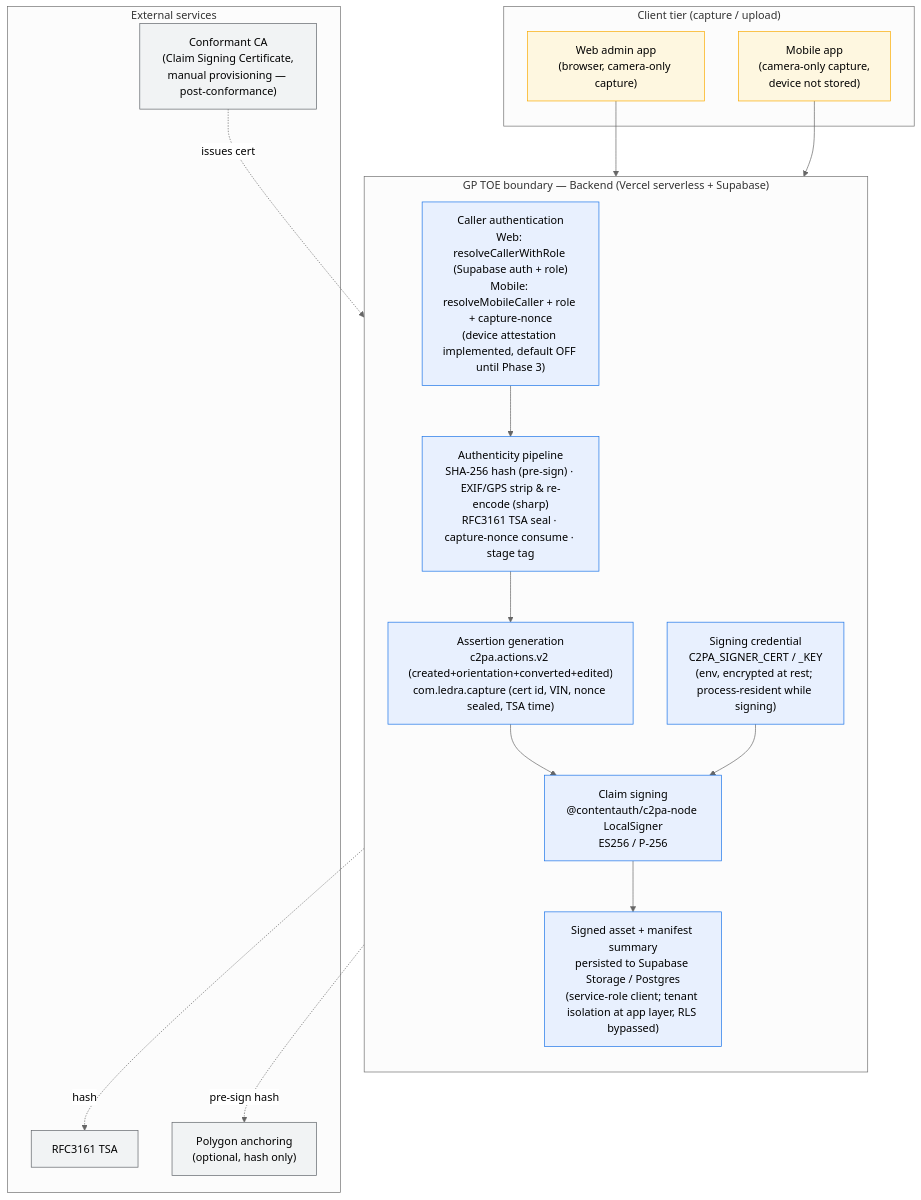
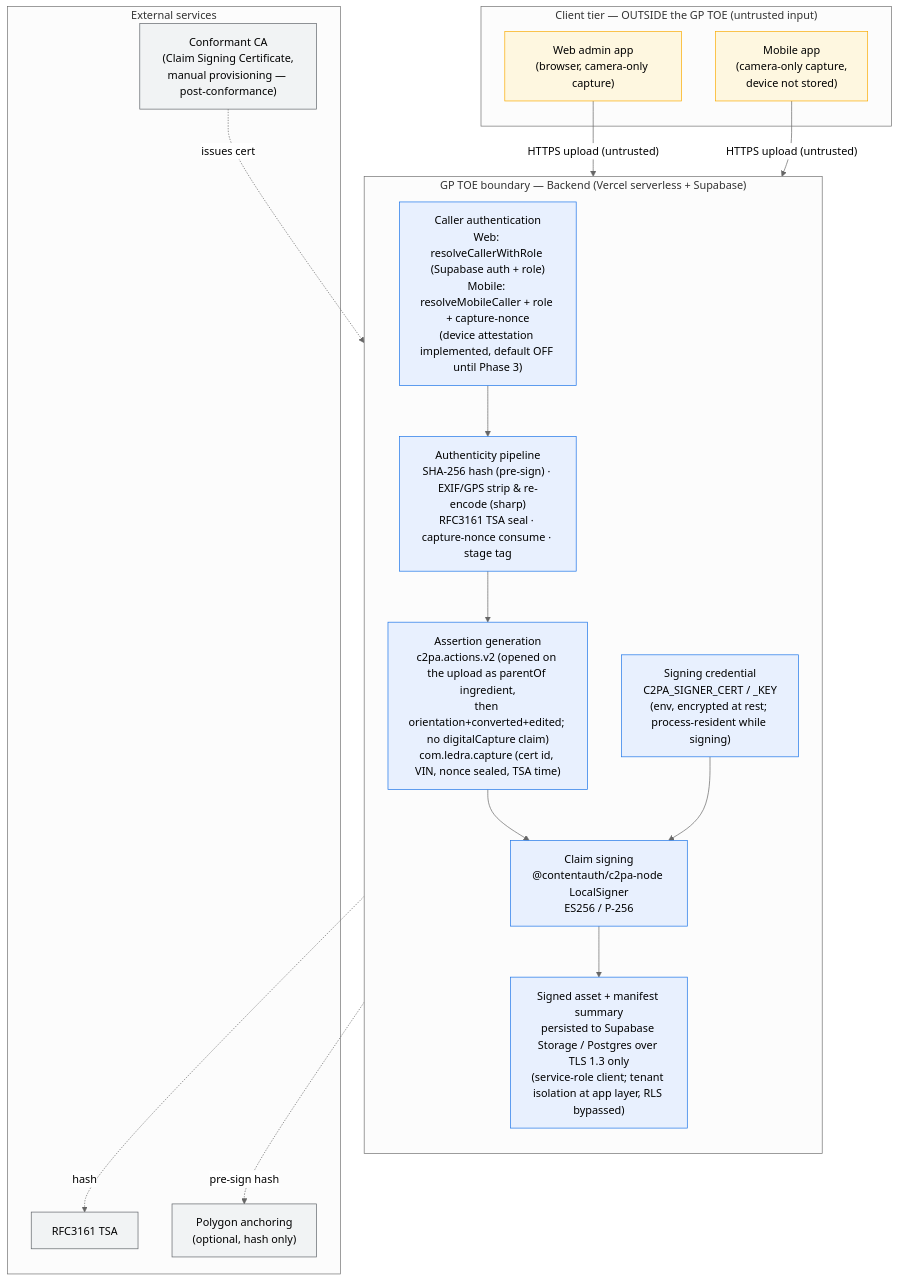
The diagram in docs/diagrams/c2pa-gp-toe.mmd (holy-auto/Ledra), drawn with Mermaid (neutral theme) before and after one commit. The commit also changed 20 other files, not shown here.

First line of the commit message:
fix(c2pa): GPSA 審査の非適合を是正する — 撮影を主張しない・Backend→Supabase を TLS 1.3 に固定

```diff
--- a/docs/diagrams/c2pa-gp-toe.mmd
+++ b/docs/diagrams/c2pa-gp-toe.mmd
@@ -1,40 +1,41 @@
 %% Ledra Generator Product — Target of Evaluation (TOE), Backend class, Assurance Level 1
-%% TOE boundary: from asset capture/upload through claim signing to persistence of the signed asset.
+%% TOE boundary: from receipt of the uploaded asset through claim signing to persistence of the signed asset.
+%% The client tier is OUTSIDE the TOE: its uploads are untrusted input, so no capture is asserted.
 flowchart TB
-    subgraph CLIENT["Client tier (capture / upload)"]
+    subgraph CLIENT["Client tier — OUTSIDE the GP TOE (untrusted input)"]
         WEB["Web admin app<br/>(browser, camera-only capture)"]
         MOB["Mobile app<br/>(camera-only capture,<br/>device not stored)"]
     end
 
     subgraph TOE["GP TOE boundary — Backend (Vercel serverless + Supabase)"]
         direction TB
         AUTH["Caller authentication<br/>Web: resolveCallerWithRole (Supabase auth + role)<br/>Mobile: resolveMobileCaller + role + capture-nonce<br/>(device attestation implemented, default OFF until Phase 3)"]
         PIPE["Authenticity pipeline<br/>SHA-256 hash (pre-sign) · EXIF/GPS strip &amp; re-encode (sharp)<br/>RFC3161 TSA seal · capture-nonce consume · stage tag"]
-        ASSERT["Assertion generation<br/>c2pa.actions.v2 (created+orientation+converted+edited)<br/>com.ledra.capture (cert id, VIN, nonce sealed, TSA time)"]
+        ASSERT["Assertion generation<br/>c2pa.actions.v2 (opened on the upload as parentOf ingredient,<br/>then orientation+converted+edited; no digitalCapture claim)<br/>com.ledra.capture (cert id, VIN, nonce sealed, TSA time)"]
         SIGN["Claim signing<br/>@contentauth/c2pa-node LocalSigner<br/>ES256 / P-256"]
         KEY["Signing credential<br/>C2PA_SIGNER_CERT / _KEY<br/>(env, encrypted at rest; process-resident while signing)"]
-        STORE["Signed asset + manifest summary<br/>persisted to Supabase Storage / Postgres<br/>(service-role client; tenant isolation at app layer, RLS bypassed)"]
+        STORE["Signed asset + manifest summary<br/>persisted to Supabase Storage / Postgres over TLS 1.3 only<br/>(service-role client; tenant isolation at app layer, RLS bypassed)"]
     end
 
     subgraph EXT["External services"]
         CA["Conformant CA<br/>(Claim Signing Certificate,<br/>manual provisioning — post-conformance)"]
         TSA["RFC3161 TSA"]
         CHAIN["Polygon anchoring<br/>(optional, hash only)"]
     end
 
-    WEB --> AUTH
-    MOB --> AUTH
+    WEB -- "HTTPS upload (untrusted)" --> AUTH
+    MOB -- "HTTPS upload (untrusted)" --> AUTH
     AUTH --> PIPE --> ASSERT --> SIGN --> STORE
     KEY --> SIGN
     CA -. issues cert .-> KEY
     PIPE -. hash .-> TSA
     %% Polygon anchors the PRE-SIGN pipeline hash (SHA-256 of the stripped buffer),
     %% not the stored signed bytes — embedding the manifest changes the bytes.
     PIPE -. pre-sign hash .-> CHAIN
 
     classDef toe fill:#e8f0fe,stroke:#1a73e8,stroke-width:1px;
     classDef ext fill:#f1f3f4,stroke:#5f6368,stroke-width:1px;
     classDef cli fill:#fef7e0,stroke:#f9ab00,stroke-width:1px;
     class AUTH,PIPE,ASSERT,SIGN,KEY,STORE toe;
     class CA,TSA,CHAIN ext;
     class WEB,MOB cli;
```
